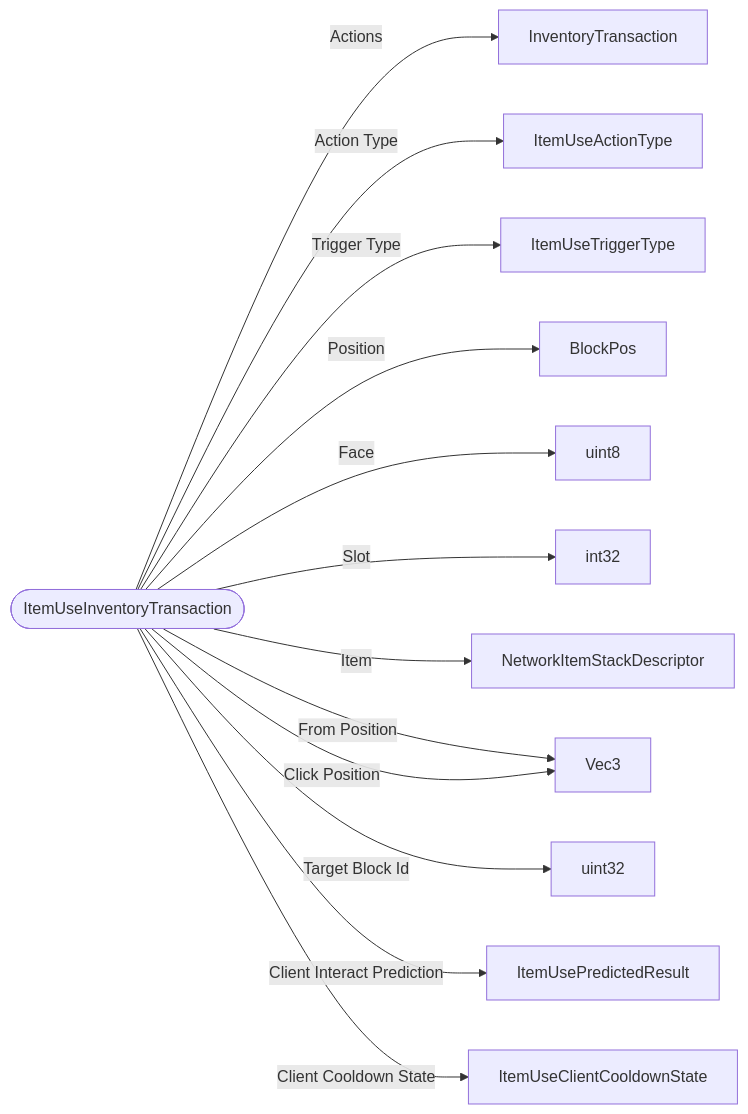
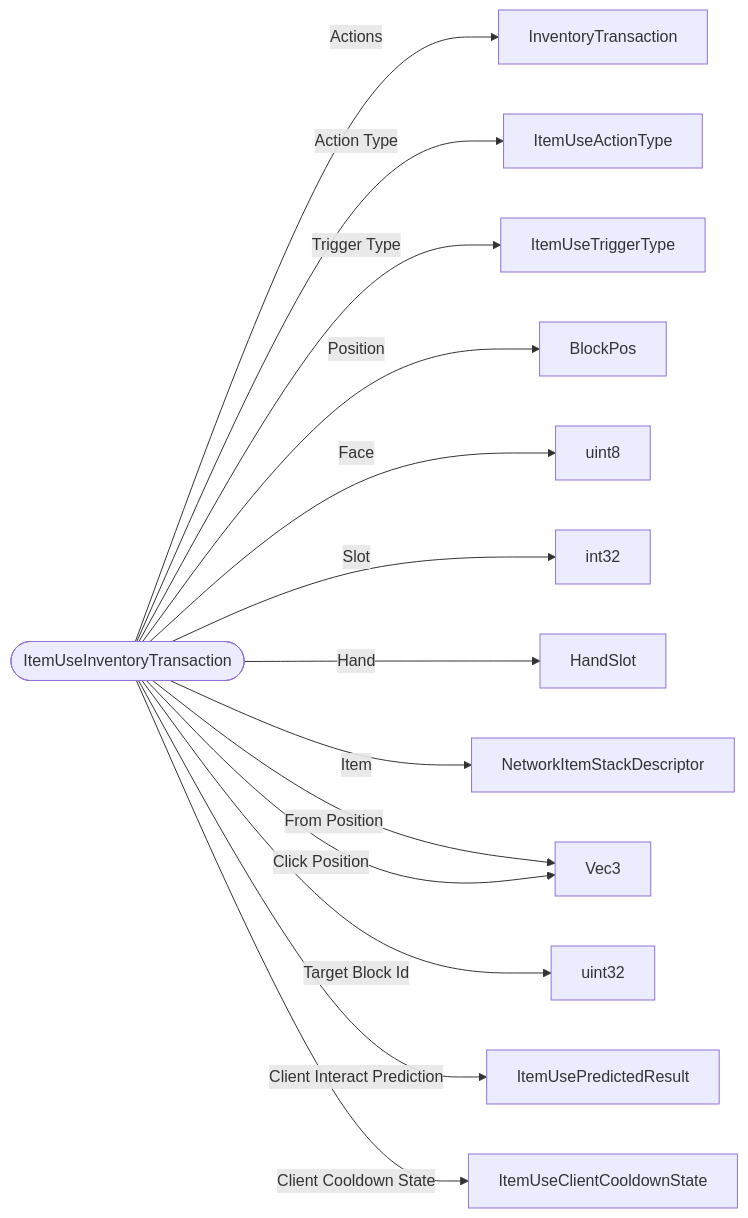
One commit to bedrock-v/protocol-docs changed the diagram in schemas/types/ItemUseInventoryTransaction.md. Above: the diagram before and after it, drawn with Mermaid. The commit also changed 114 other files, not shown here.

````diff
--- a/schemas/types/ItemUseInventoryTransaction.md
+++ b/schemas/types/ItemUseInventoryTransaction.md
@@ -5,16 +5,17 @@
 ```mermaid
 flowchart LR
   ROOT(["ItemUseInventoryTransaction"])
   ROOT -->|"Actions"| InventoryTransaction["InventoryTransaction"]
   ROOT -->|"Action Type"| ItemUseActionType["ItemUseActionType"]
   ROOT -->|"Trigger Type"| ItemUseTriggerType["ItemUseTriggerType"]
   ROOT -->|"Position"| BlockPos["BlockPos"]
   ROOT -->|"Face"| uint8["uint8"]
   ROOT -->|"Slot"| int32["int32"]
+  ROOT -->|"Hand"| HandSlot["HandSlot"]
   ROOT -->|"Item"| NetworkItemStackDescriptor["NetworkItemStackDescriptor"]
   ROOT -->|"From Position"| Vec3["Vec3"]
   ROOT -->|"Click Position"| Vec3["Vec3"]
   ROOT -->|"Target Block Id"| uint32["uint32"]
   ROOT -->|"Client Interact Prediction"| ItemUsePredictedResult["ItemUsePredictedResult"]
   ROOT -->|"Client Cooldown State"| ItemUseClientCooldownState["ItemUseClientCooldownState"]
 ```
````
